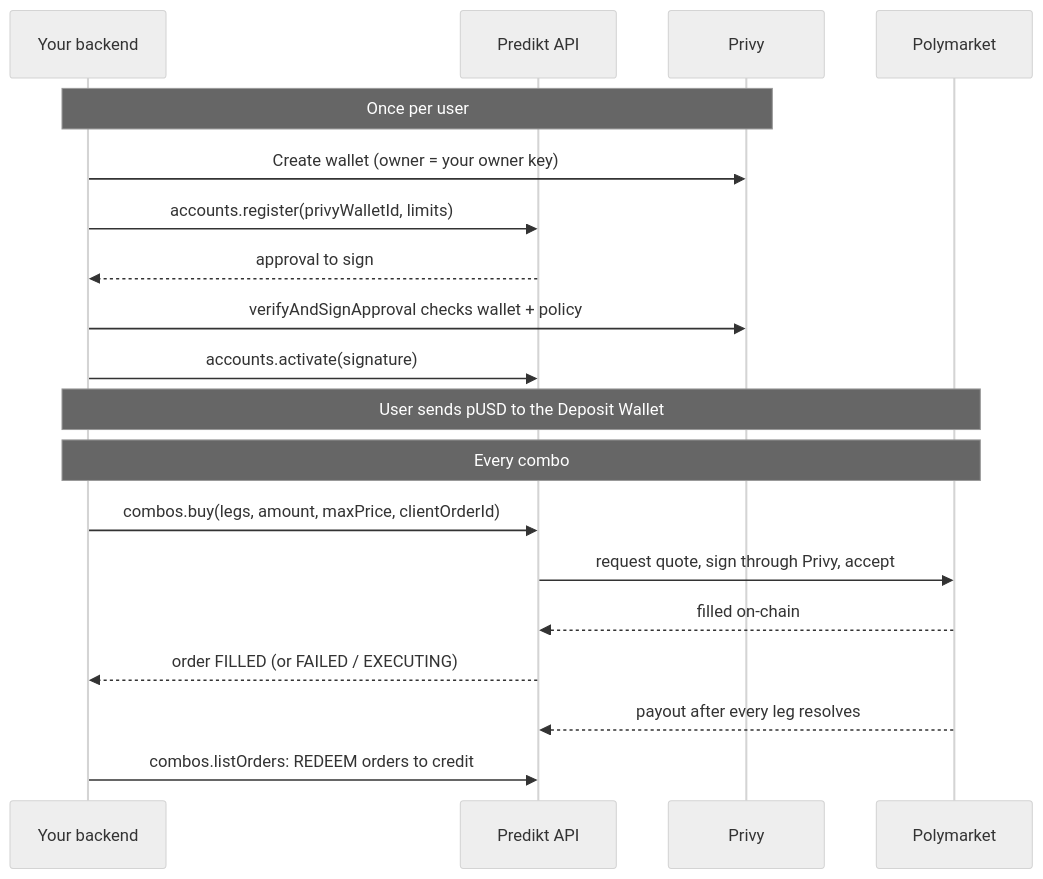
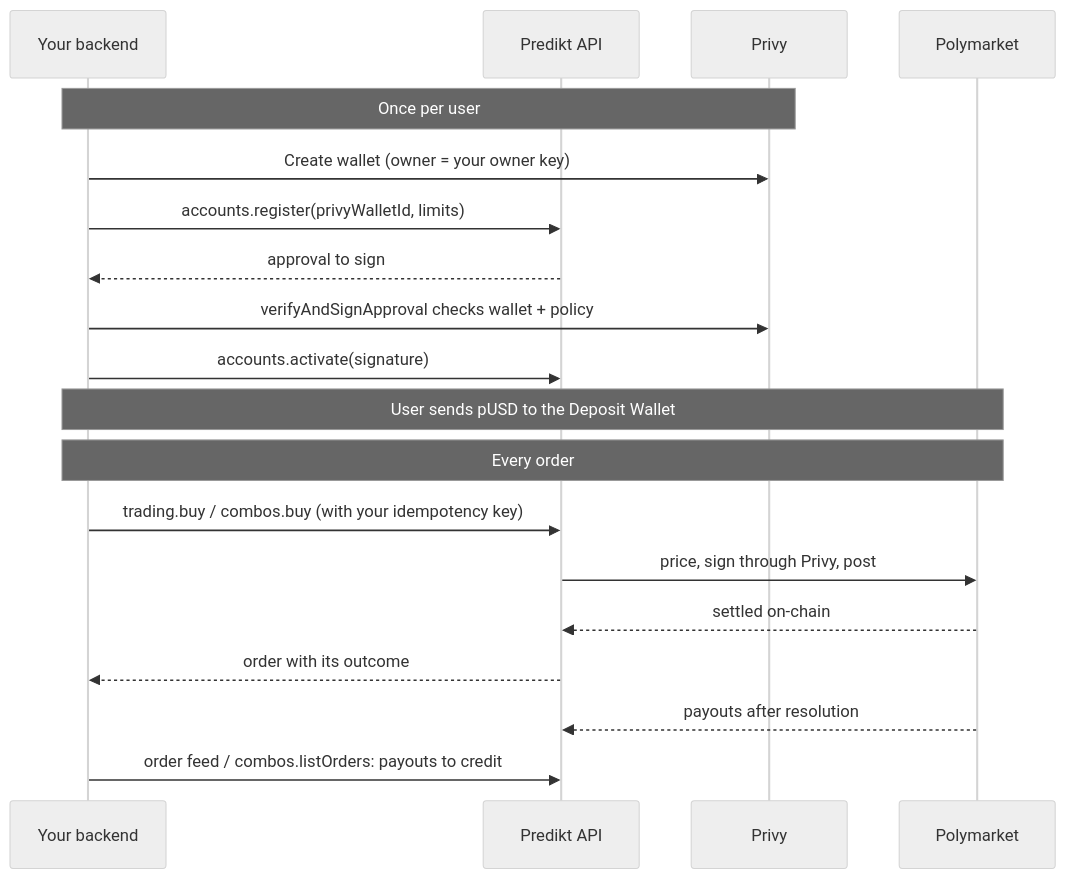
One commit to 4-point-0/predikt-sdk changed the diagram in INTEGRATION_GUIDE.md. Above: the diagram before and after it, drawn with Mermaid (neutral theme). The commit also changed other lines of this file and 5 other files, not shown here.

Commit message:
docs: expand integration guide to the whole SDK; fix order list types

````diff
--- a/INTEGRATION_GUIDE.md
+++ b/INTEGRATION_GUIDE.md
@@ -40,23 +274,23 @@
 ```mermaid
 sequenceDiagram
     participant You as Your backend
     participant P as Predikt API
     participant Privy
     participant PM as Polymarket
 
     Note over You,Privy: Once per user
     You->>Privy: Create wallet (owner = your owner key)
     You->>P: accounts.register(privyWalletId, limits)
     P-->>You: approval to sign
     You->>Privy: verifyAndSignApproval checks wallet + policy
     You->>P: accounts.activate(signature)
     Note over You,PM: User sends pUSD to the Deposit Wallet
 
-    Note over You,PM: Every combo
-    You->>P: combos.buy(legs, amount, maxPrice, clientOrderId)
-    P->>PM: request quote, sign through Privy, accept
-    PM-->>P: filled on-chain
-    P-->>You: order FILLED (or FAILED / EXECUTING)
-    PM-->>P: payout after every leg resolves
-    You->>P: combos.listOrders: REDEEM orders to credit
+    Note over You,PM: Every order
+    You->>P: trading.buy / combos.buy (with your idempotency key)
+    P->>PM: price, sign through Privy, post
+    PM-->>P: settled on-chain
+    P-->>You: order with its outcome
+    PM-->>P: payouts after resolution
+    You->>P: order feed / combos.listOrders: payouts to credit
 ```
````
